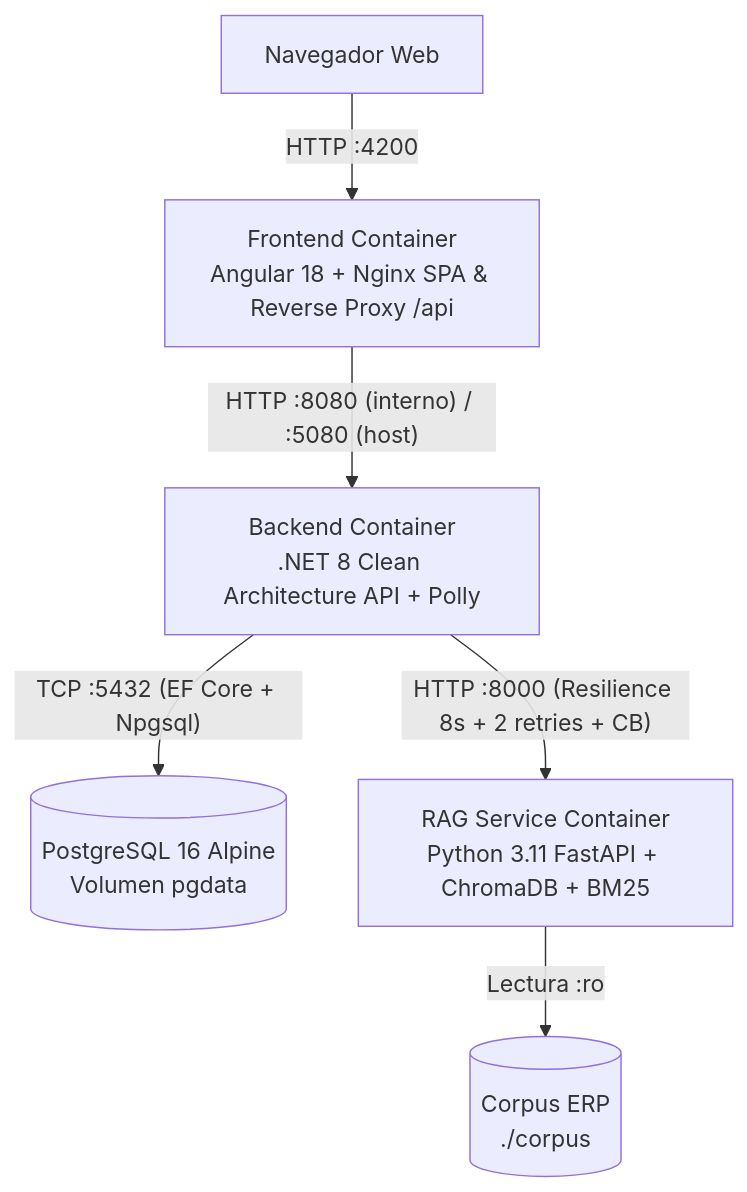
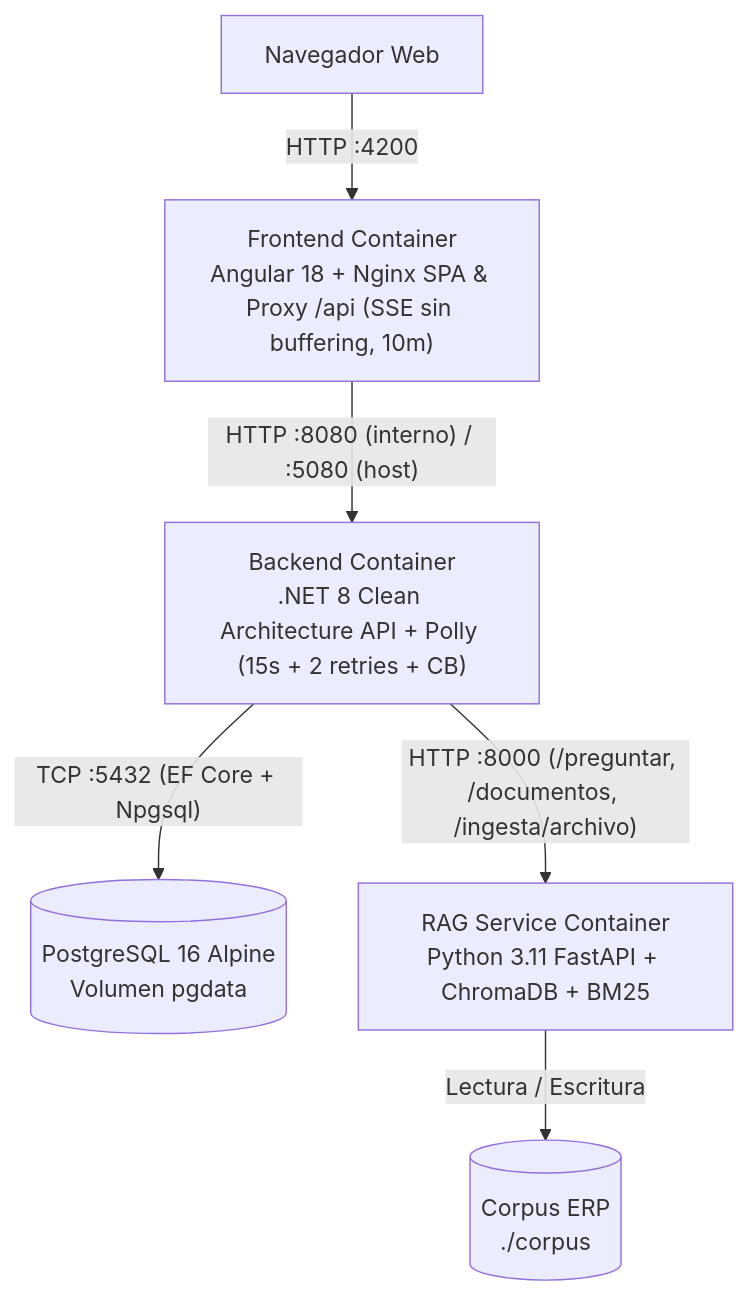
Before and after one commit to santiagograci/MesaAyuda-IA: the second of 3 diagrams in docs/01-arquitectura-y-adrs.md, drawn with Mermaid. The commit also changed other lines of this file and 4 other files, not shown here.

````diff
--- a/docs/01-arquitectura-y-adrs.md
+++ b/docs/01-arquitectura-y-adrs.md
@@ -25,8 +25,8 @@
 ```mermaid
 flowchart TB
-    Browser["Navegador Web"] -->|"HTTP :4200"| FE["Frontend Container\nAngular 18 + Nginx SPA & Reverse Proxy /api"]
-    FE -->|"HTTP :8080 (interno) / :5080 (host)"| API["Backend Container\n.NET 8 Clean Architecture API + Polly"]
+    Browser["Navegador Web"] -->|"HTTP :4200"| FE["Frontend Container\nAngular 18 + Nginx SPA & Proxy /api (SSE sin buffering, 10m)"]
+    FE -->|"HTTP :8080 (interno) / :5080 (host)"| API["Backend Container\n.NET 8 Clean Architecture API + Polly (15s + 2 retries + CB)"]
     API -->|"TCP :5432 (EF Core + Npgsql)"| PG[("PostgreSQL 16 Alpine\nVolumen pgdata")]
-    API -->|"HTTP :8000 (Resilience 8s + 2 retries + CB)"| RAG["RAG Service Container\nPython 3.11 FastAPI + ChromaDB + BM25"]
-    RAG -->|"Lectura :ro"| CorpusVol[("Corpus ERP\n./corpus")]
+    API -->|"HTTP :8000 (/preguntar, /documentos, /ingesta/archivo)"| RAG["RAG Service Container\nPython 3.11 FastAPI + ChromaDB + BM25"]
+    RAG -->|"Lectura / Escritura"| CorpusVol[("Corpus ERP\n./corpus")]
 ```
````
